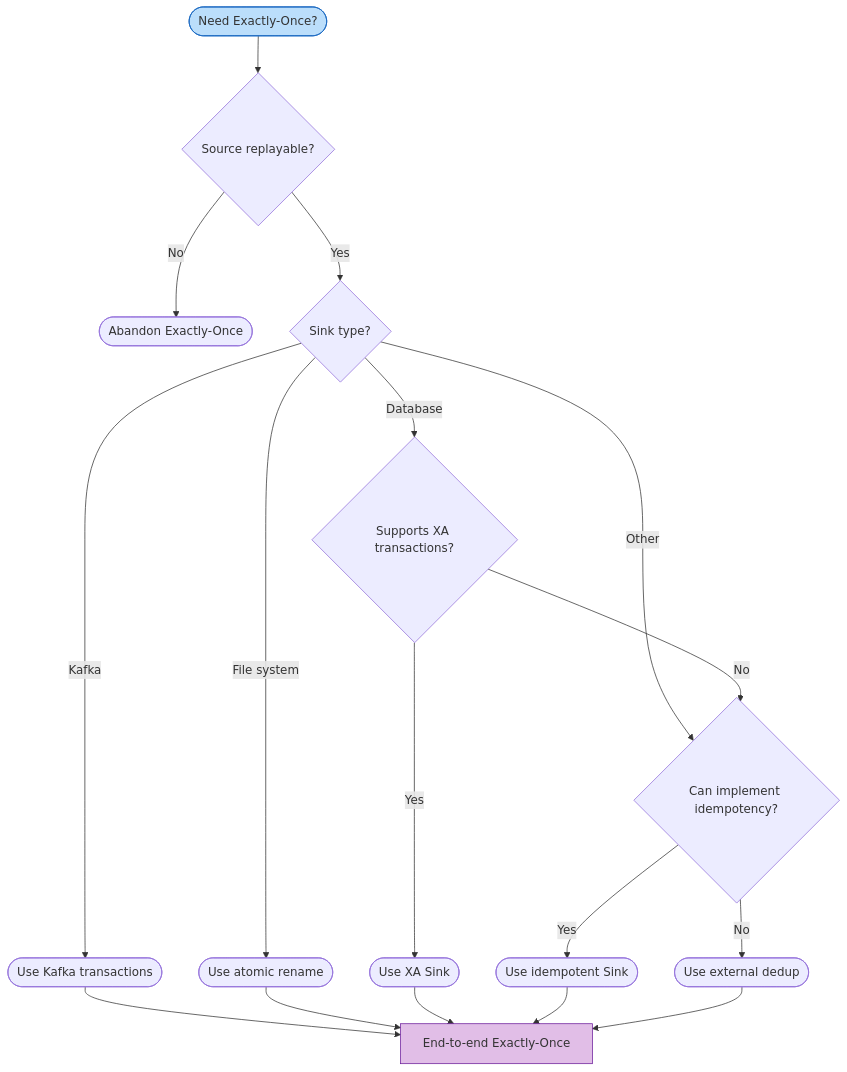
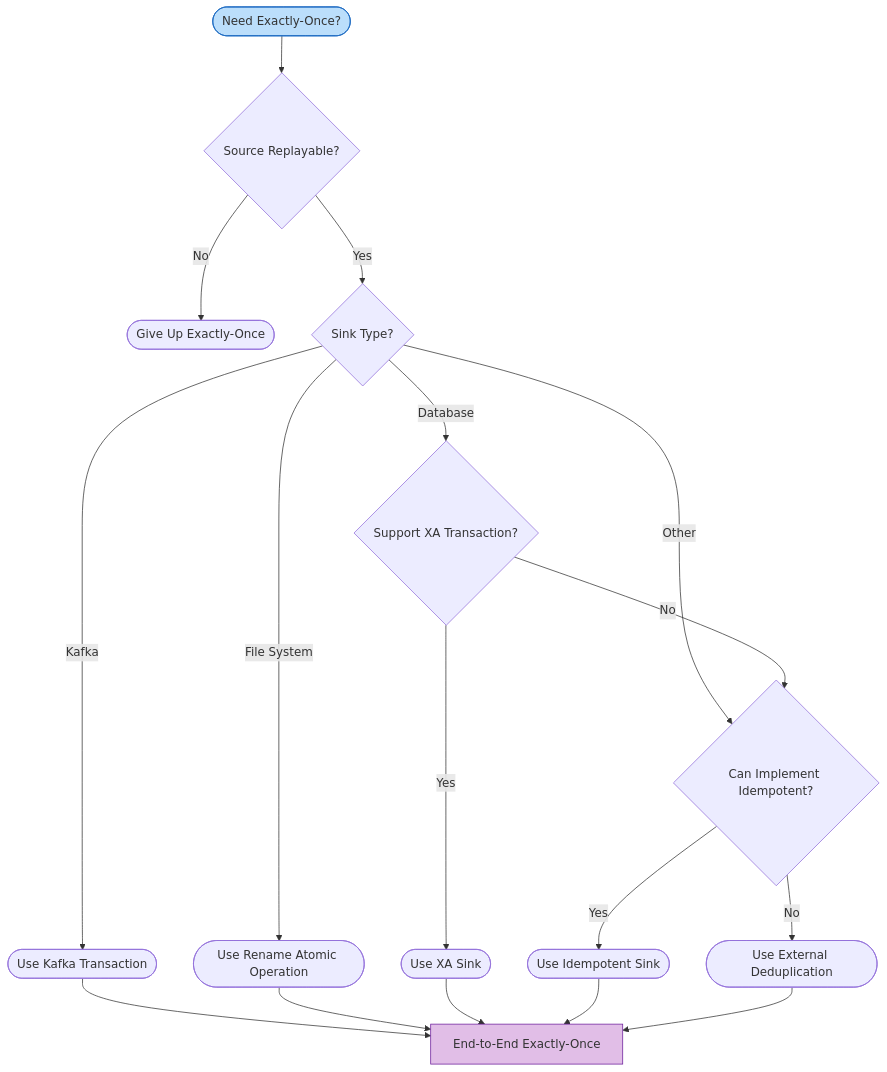
Before and after one commit to AdaMartin18010/AnalysisDataFlow: the second of 6 diagrams in i18n/en/Flink/02-core/exactly-once-end-to-end-en.md, drawn with Mermaid. The commit also changed other lines of this file and 679 other files, not shown here.

````diff
--- a/i18n/en/Flink/02-core/exactly-once-end-to-end-en.md
+++ b/i18n/en/Flink/02-core/exactly-once-end-to-end-en.md
@@ -427,21 +211,21 @@
 ```mermaid
 graph TD
-    Start([Need Exactly-Once?]) --> Q1{Source replayable?}
-    Q1 -->|No| A1([Abandon Exactly-Once])
-    Q1 -->|Yes| Q2{Sink type?}
-    Q2 -->|Kafka| A2([Use Kafka transactions])
-    Q2 -->|Database| Q3{Supports XA transactions?}
-    Q2 -->|File system| A3([Use atomic rename])
-    Q2 -->|Other| Q4{Can implement idempotency?}
+    Start([Need Exactly-Once?]) --> Q1{Source Replayable?}
+    Q1 -->|No| A1([Give Up Exactly-Once])
+    Q1 -->|Yes| Q2{Sink Type?}
+    Q2 -->|Kafka| A2([Use Kafka Transaction])
+    Q2 -->|Database| Q3{Support XA Transaction?}
+    Q2 -->|File System| A3([Use Rename Atomic Operation])
+    Q2 -->|Other| Q4{Can Implement Idempotent?}
     Q3 -->|Yes| A4([Use XA Sink])
     Q3 -->|No| Q4
-    Q4 -->|Yes| A5([Use idempotent Sink])
-    Q4 -->|No| A6([Use external dedup])
-    A2 --> C1[End-to-end Exactly-Once]
+    Q4 -->|Yes| A5([Use Idempotent Sink])
+    Q4 -->|No| A6([Use External Deduplication])
+    A2 --> C1[End-to-End Exactly-Once]
     A3 --> C1
     A4 --> C1
     A5 --> C1
     A6 --> C1
     style Start fill:#bbdefb,stroke:#1565c0
     style C1 fill:#e1bee7,stroke:#6a1b9a
 ```
````
